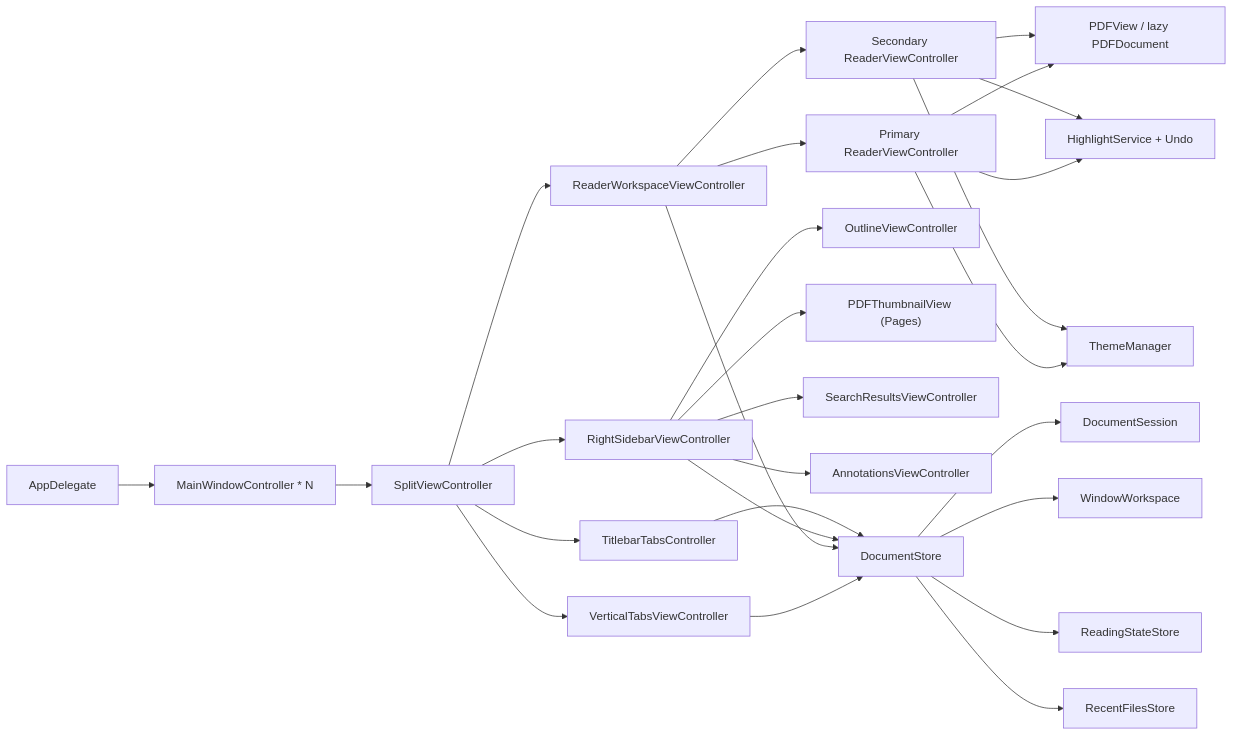
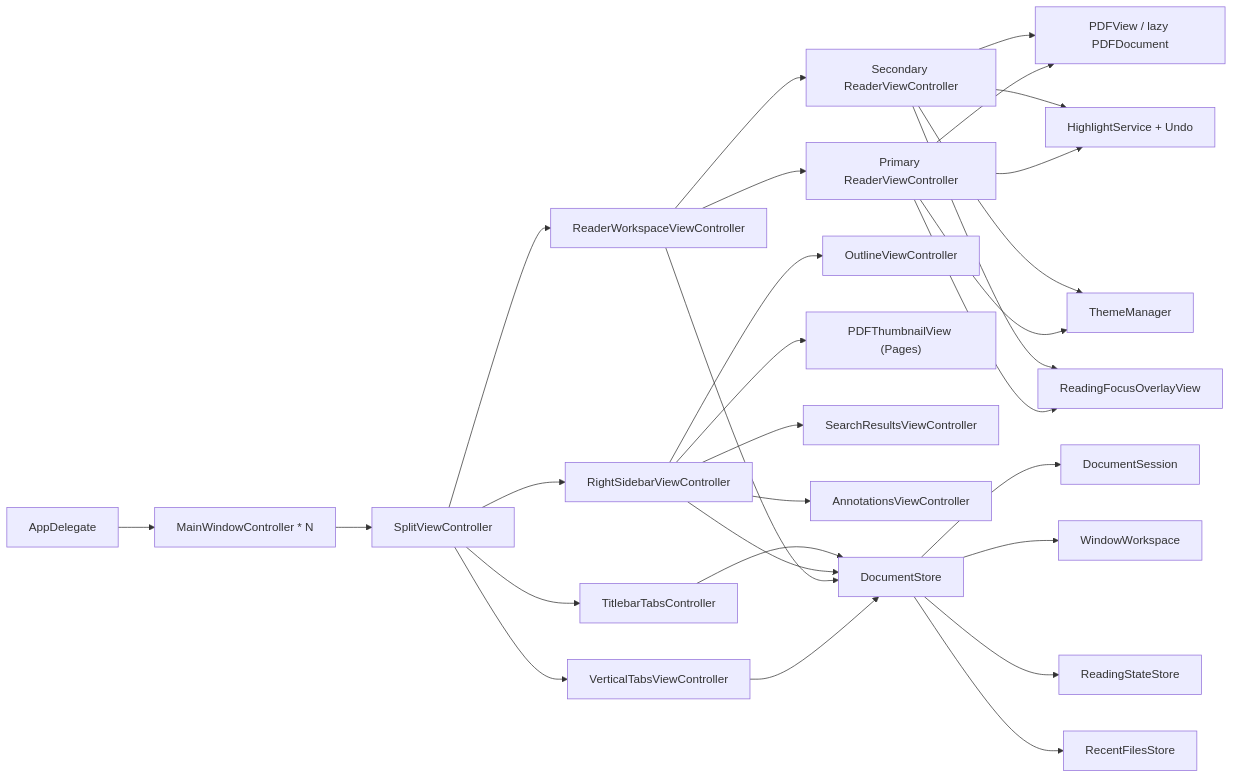
One commit to Yalyenea/serein-pdf changed the diagram in PROJECT.md. Above: the diagram before and after it, drawn with Mermaid. The commit also changed other lines of this file and 20 other files, not shown here.

Commit message:
feat(reader): add configurable cursor reading focus

````diff
--- a/PROJECT.md
+++ b/PROJECT.md
@@ -42,29 +42,31 @@
 ```mermaid
 flowchart LR
     A["AppDelegate"] --> B["MainWindowController * N"]
     B --> C["SplitViewController"]
     C --> D["VerticalTabsViewController"]
     C --> E["ReaderWorkspaceViewController"]
     C --> F["RightSidebarViewController"]
     C --> G["TitlebarTabsController"]
     E --> E1["Primary ReaderViewController"]
     E --> E2["Secondary ReaderViewController"]
     F --> F1["OutlineViewController"]
     F --> F2["PDFThumbnailView (Pages)"]
     F --> F3["SearchResultsViewController"]
     F --> F4["AnnotationsViewController"]
     D --> H["DocumentStore"]
     E --> H
     F --> H
     G --> H
     H --> I["DocumentSession"]
     H --> J["WindowWorkspace"]
     E1 --> K["PDFView / lazy PDFDocument"]
     E2 --> K
     E1 --> L["HighlightService + Undo"]
     E2 --> L
     E1 --> M["ThemeManager"]
     E2 --> M
+    E1 --> P["ReadingFocusOverlayView"]
+    E2 --> P
     H --> N["ReadingStateStore"]
     H --> O["RecentFilesStore"]
 ```
````
